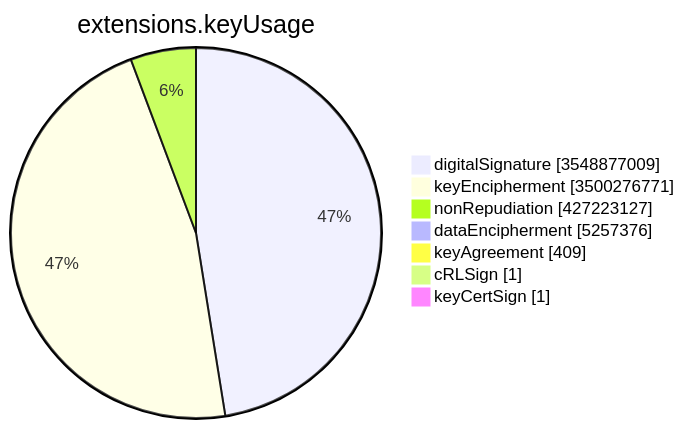
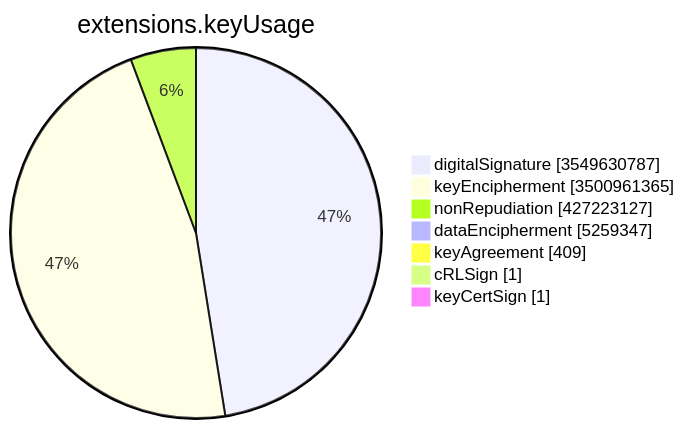
The sixth of 15 diagrams in TOTAL/README.md (christiankrug/ctmonitor_visualization), drawn with Mermaid before and after one commit. The commit also changed other lines of this file, not shown here.

````diff
--- a/TOTAL/README.md
+++ b/TOTAL/README.md
@@ -3083,11 +3083,11 @@
 ```mermaid
 pie showData
 title extensions.keyUsage
-"digitalSignature" :3548877009
-"keyEncipherment" :3500276771
+"digitalSignature" :3549630787
+"keyEncipherment" :3500961365
 "nonRepudiation" :427223127
-"dataEncipherment" :5257376
+"dataEncipherment" :5259347
 "keyAgreement" :409
 "cRLSign" :1
 "keyCertSign" :1
 ```
````
